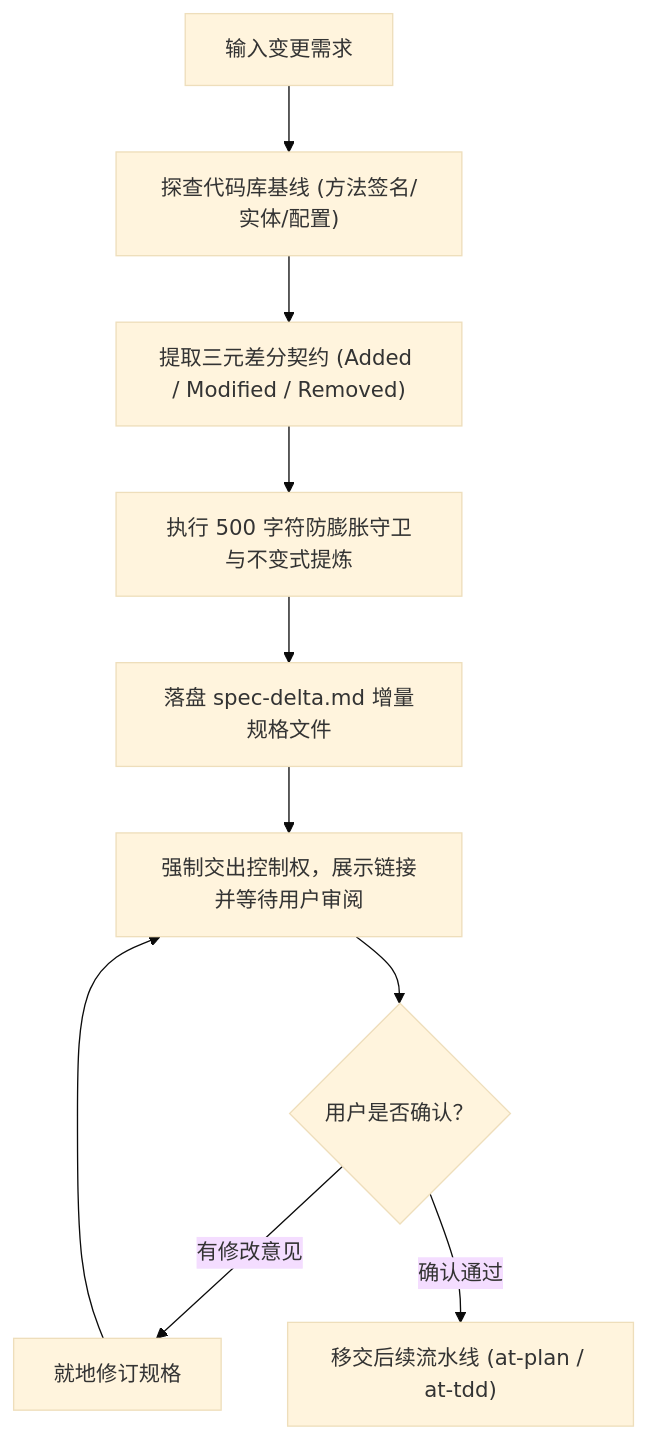
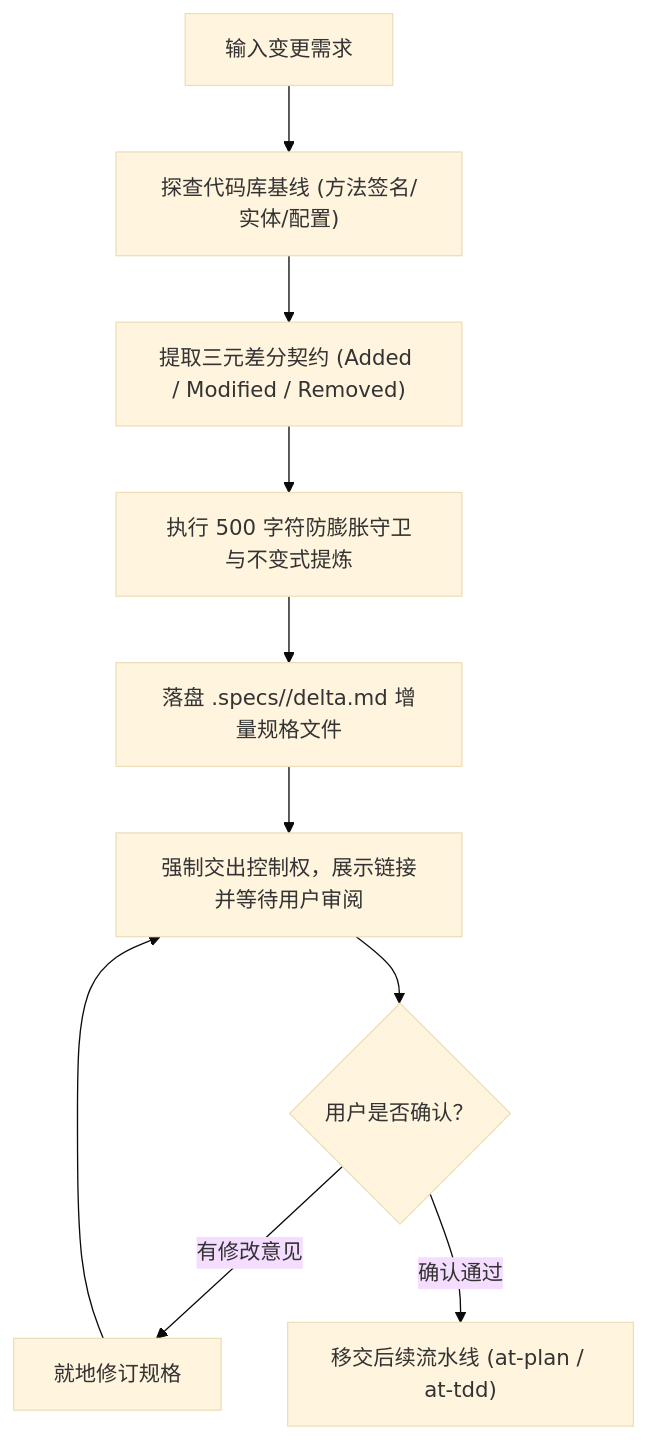
Before and after one commit to atengk/skills: the diagram in docs/skills/at-spec.md, drawn with Mermaid (base theme). The commit also changed other lines of this file and 31 other files, not shown here.

````diff
--- a/docs/skills/at-spec.md
+++ b/docs/skills/at-spec.md
@@ -41,11 +41,11 @@
 ```mermaid
 flowchart TD
     Start["输入变更需求"] --> BaselineProbe["探查代码库基线 (方法签名/实体/配置)"]
     BaselineProbe --> DeltaExtract["提取三元差分契约 (Added / Modified / Removed)"]
     DeltaExtract --> GuardCheck["执行 500 字符防膨胀守卫与不变式提炼"]
-    GuardCheck --> WriteFile["落盘 spec-delta.md 增量规格文件"]
+    GuardCheck --> WriteFile["落盘 .specs/<feature-slug>/delta.md 增量规格文件"]
     WriteFile --> HumanGate["强制交出控制权，展示链接并等待用户审阅"]
     HumanGate --> Approved{"用户是否确认？"}
     Approved -- 有修改意见 --> EditSpec["就地修订规格"] --> HumanGate
     Approved -- 确认通过 --> Next["移交后续流水线 (at-plan / at-tdd)"]
 ```
````
